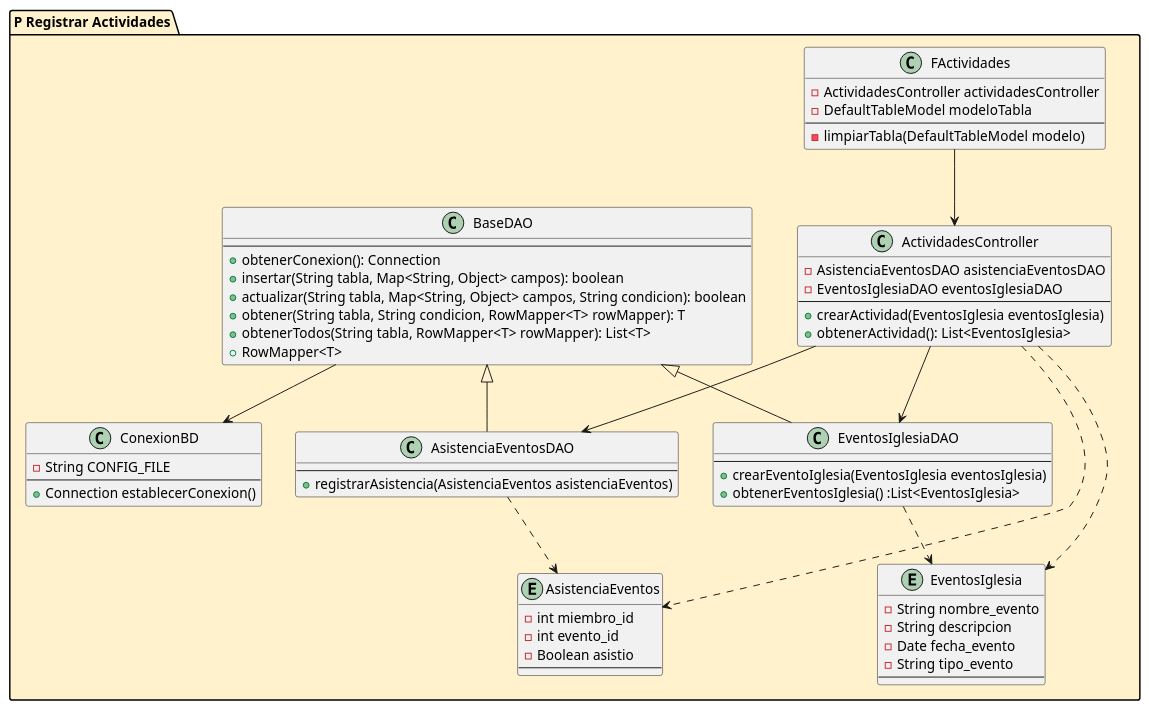
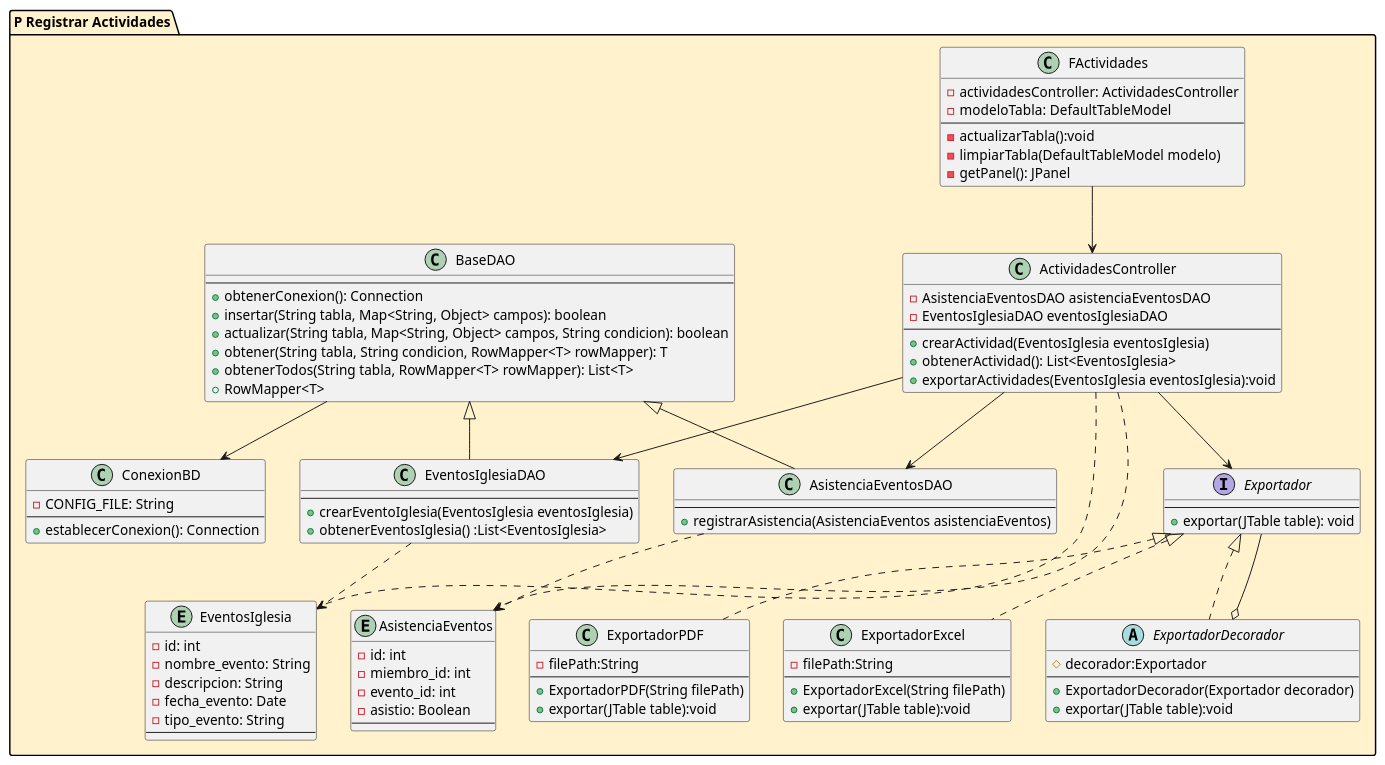
One commit to jeulate/proyig1 changed the diagram in src/utils/Mactividades.puml. Above: the diagram before and after it, drawn with PlantUML. The commit also changed 28 other files, not shown here.

Commit message:
Aplicando Patron Decorador en Registro de Actividades

```diff
--- a/src/utils/Mactividades.puml
+++ b/src/utils/Mactividades.puml
@@ -1,69 +1,101 @@
 @startuml
 package "P Registrar Actividades" #FFF2CC {
   class "FActividades" as factividades {
-  -ActividadesController actividadesController
-  -DefaultTableModel modeloTabla
+  -actividadesController: ActividadesController
+  -modeloTabla: DefaultTableModel
   --
+  -actualizarTabla():void
   -limpiarTabla(DefaultTableModel modelo)
+  -getPanel(): JPanel
   }
   class "ActividadesController" as ctractividades{
       -AsistenciaEventosDAO asistenciaEventosDAO
       -EventosIglesiaDAO eventosIglesiaDAO
   --
   +crearActividad(EventosIglesia eventosIglesia)
   +obtenerActividad(): List<EventosIglesia>
+  +exportarActividades(EventosIglesia eventosIglesia):void
   }
 
   class "AsistenciaEventosDAO" as daoasistenciaev{
   --
   +registrarAsistencia(AsistenciaEventos asistenciaEventos)
   }
 
   class "EventosIglesiaDAO" as daoeventoigle{
     --
     +crearEventoIglesia(EventosIglesia eventosIglesia)
     +obtenerEventosIglesia() :List<EventosIglesia>
   }
 
   class "BaseDAO" as daobase {
   --
   +obtenerConexion(): Connection
   +insertar(String tabla, Map<String, Object> campos): boolean
   +actualizar(String tabla, Map<String, Object> campos, String condicion): boolean
   +obtener(String tabla, String condicion, RowMapper<T> rowMapper): T
   +obtenerTodos(String tabla, RowMapper<T> rowMapper): List<T>
   +RowMapper<T>
   }
   class "ConexionBD" as bdconexion{
-   -String CONFIG_FILE
+   -CONFIG_FILE: String
    --
-   +Connection establecerConexion()
+      +establecerConexion(): Connection
   }
   entity "EventosIglesia" as eviglesia{
-        - String nombre_evento
-        - String descripcion
-        - Date fecha_evento
-        - String tipo_evento
+        - id: int
+        - nombre_evento: String
+        - descripcion: String
+        - fecha_evento: Date
+        - tipo_evento: String
       --
   }
    entity "AsistenciaEventos" as asisevento{
-        - int miembro_id
-        - int evento_id
-        - Boolean asistio
+        -id: int
+        -miembro_id: int
+        - evento_id: int
+        - asistio: Boolean
         --
+    }
+    interface Exportador{
+    --
+    +exportar(JTable table): void
+    }
+    abstract class ExportadorDecorador{
+    #decorador:Exportador
+    --
+    +ExportadorDecorador(Exportador decorador)
+    +exportar(JTable table):void
+    }
+    class "ExportadorPDF" as exPDF{
+    - filePath:String
+    --
+    +ExportadorPDF(String filePath)
+    +exportar(JTable table):void
+    }
+    class "ExportadorExcel" as exExcel{
+     -filePath:String
+     --
+     +ExportadorExcel(String filePath)
+     +exportar(JTable table):void
     }
 
   factividades --> ctractividades
   ctractividades --> daoasistenciaev
   ctractividades --> daoeventoigle
+  ctractividades --> Exportador
   daobase <|-- daoasistenciaev
   daobase <|-- daoeventoigle
   daobase -->bdconexion
   ctractividades ..> eviglesia
   ctractividades ..> asisevento
   daoasistenciaev ..> asisevento
   daoeventoigle ..> eviglesia
+  Exportador <|.. ExportadorDecorador
+  Exportador <|.. exPDF
+  Exportador <|.. exExcel
+  ExportadorDecorador o-- Exportador
 
 }
 
 @enduml
```
